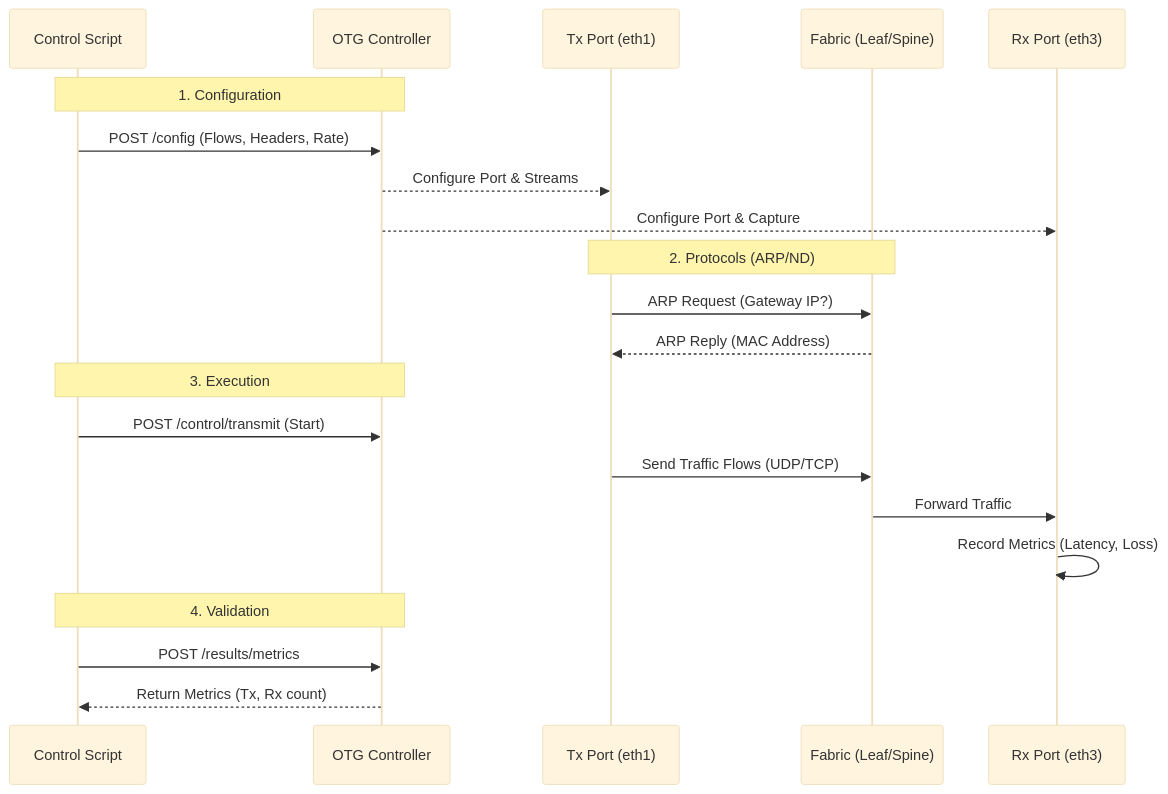
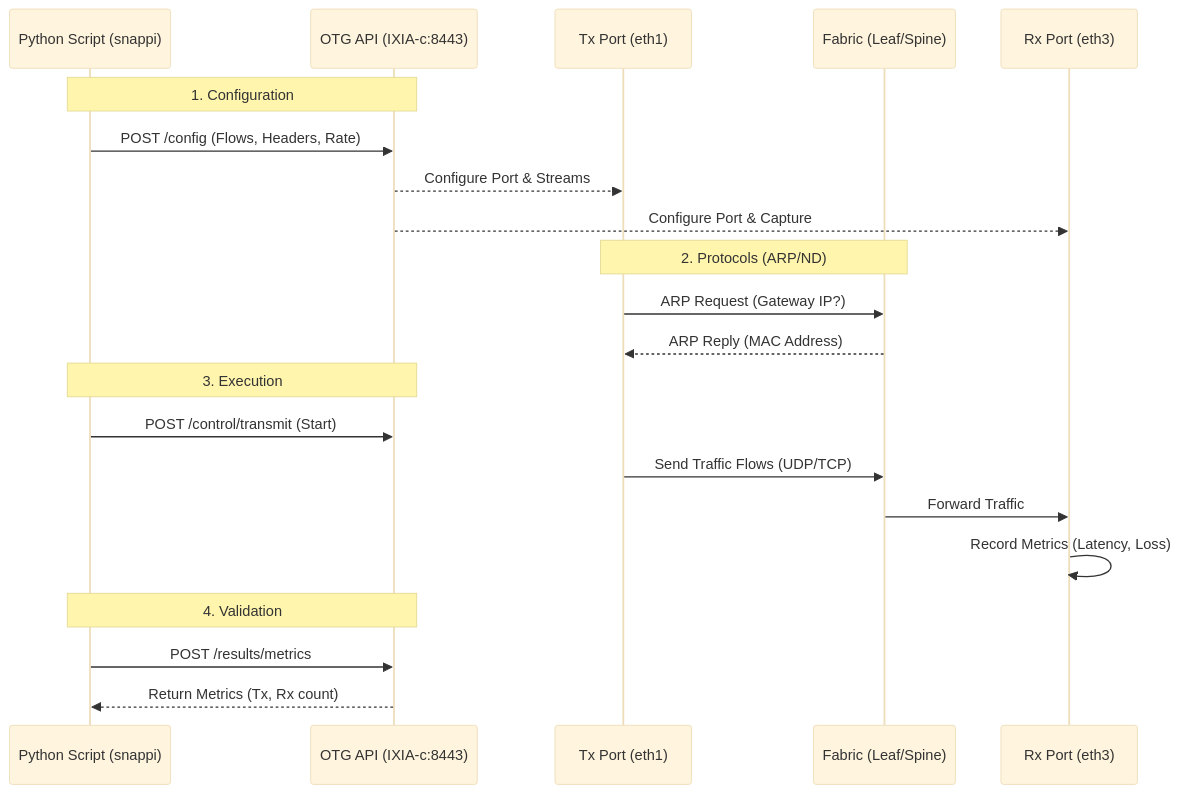
Before and after one commit to tadashota212/otg-test: the first of 2 diagrams in README.md, drawn with Mermaid (base theme).

Commit message:
Clarify terminology in Traffic Generator workflow

````diff
--- a/README.md
+++ b/README.md
@@ -71,27 +71,27 @@
 ```mermaid
 sequenceDiagram
-    participant User as Control Script
-    participant API as OTG Controller
+    participant User as Python Script (snappi)
+    participant API as OTG API (IXIA-c:8443)
     participant Tx as Tx Port (eth1)
     participant DUT as Fabric (Leaf/Spine)
     participant Rx as Rx Port (eth3)
 
     Note over User, API: 1. Configuration
     User->>API: POST /config (Flows, Headers, Rate)
     API-->>Tx: Configure Port & Streams
     API-->>Rx: Configure Port & Capture
 
     Note over Tx, DUT: 2. Protocols (ARP/ND)
     Tx->>DUT: ARP Request (Gateway IP?)
     DUT-->>Tx: ARP Reply (MAC Address)
 
     Note over User, API: 3. Execution
     User->>API: POST /control/transmit (Start)
     Tx->>DUT: Send Traffic Flows (UDP/TCP)
     DUT->>Rx: Forward Traffic
     Rx->>Rx: Record Metrics (Latency, Loss)
 
     Note over User, API: 4. Validation
     User->>API: POST /results/metrics
     API-->>User: Return Metrics (Tx, Rx count)
 ```
````
